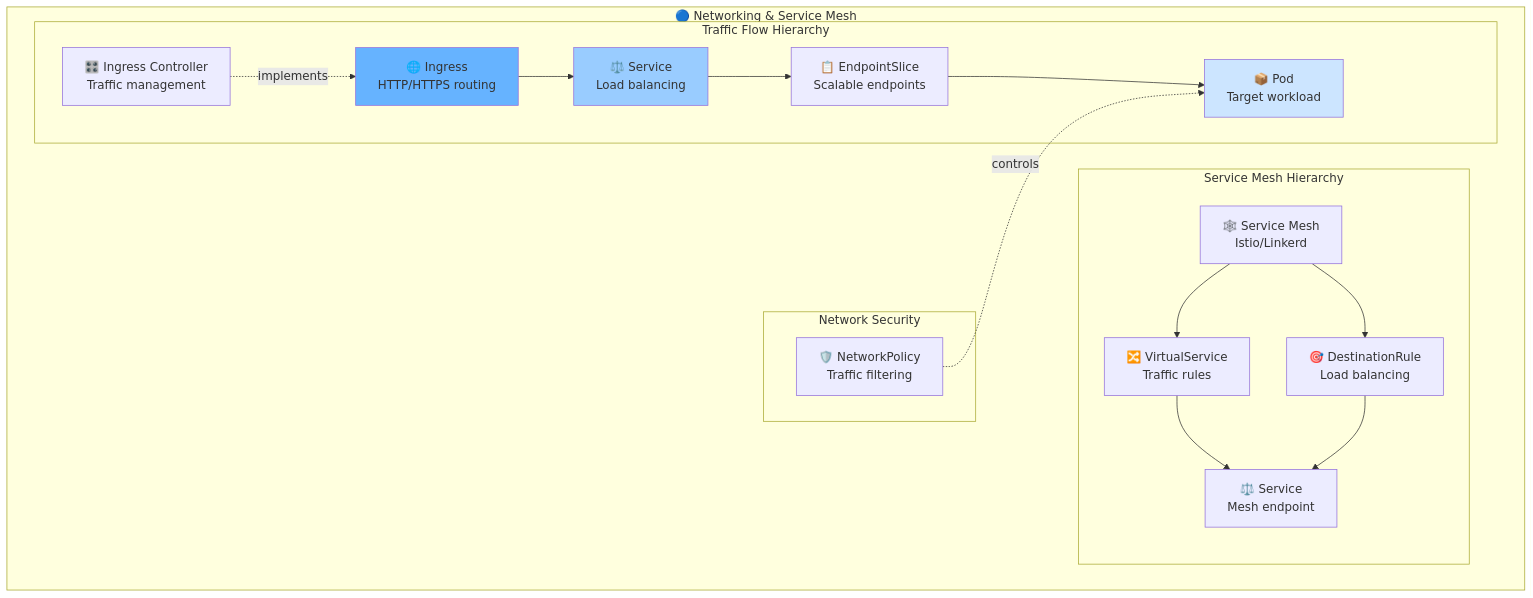
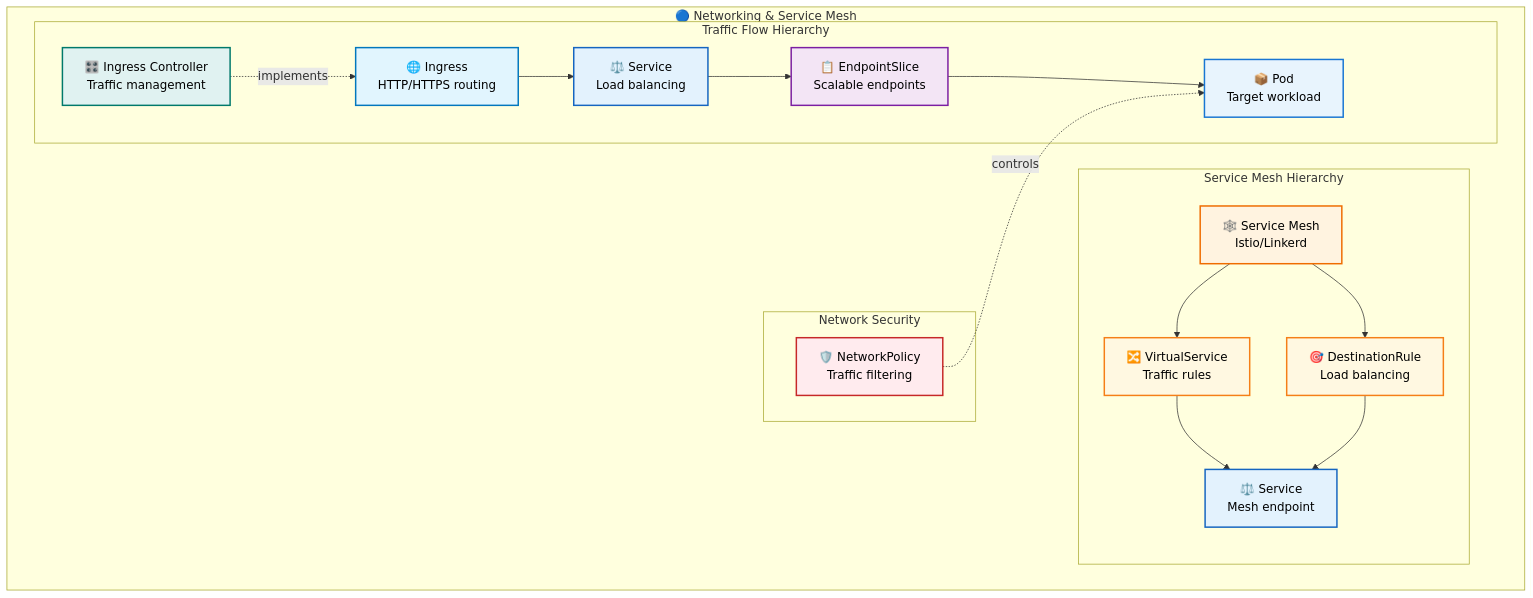
Before and after one commit to razkevich/system_design_course: the third of 8 diagrams in 1.4_distributed_systems/kubernetes_developer_guide.md, drawn with Mermaid. The commit also changed other lines of this file, not shown here.

````diff
--- a/1.4_distributed_systems/kubernetes_developer_guide.md
+++ b/1.4_distributed_systems/kubernetes_developer_guide.md
@@ -57,39 +84,46 @@
 ```mermaid
 flowchart TD
     subgraph "🔵 Networking & Service Mesh"
         
         subgraph "Traffic Flow Hierarchy"
             Ingress["🌐 Ingress<br/>HTTP/HTTPS routing"]
             IngressController["🎛️ Ingress Controller<br/>Traffic management"]
             Service["⚖️ Service<br/>Load balancing"]
             EndpointSlice["📋 EndpointSlice<br/>Scalable endpoints"]
             NetworkPod["📦 Pod<br/>Target workload"]
             
             IngressController -.->|"implements"| Ingress
             Ingress --> Service
             Service --> EndpointSlice
             EndpointSlice --> NetworkPod
         end
         
         subgraph "Service Mesh Hierarchy"
             ServiceMesh["🕸️ Service Mesh<br/>Istio/Linkerd"]
             VirtualService["🔀 VirtualService<br/>Traffic rules"]
             DestinationRule["🎯 DestinationRule<br/>Load balancing"]
             MeshService["⚖️ Service<br/>Mesh endpoint"]
             
             ServiceMesh --> VirtualService
             ServiceMesh --> DestinationRule
             VirtualService --> MeshService
             DestinationRule --> MeshService
         end
         
         subgraph "Network Security"
             NetworkPolicy["🛡️ NetworkPolicy<br/>Traffic filtering"]
             NetworkPolicy -.->|"controls"| NetworkPod
         end
     end
     
-    style NetworkPod fill:#cce5ff
-    style Service fill:#99ccff
-    style Ingress fill:#66b3ff
+    style NetworkPod fill:#e8f4fd,stroke:#1976d2,stroke-width:2px,color:#000
+    style Service fill:#e3f2fd,stroke:#1565c0,stroke-width:2px,color:#000
+    style Ingress fill:#e1f5fe,stroke:#0277bd,stroke-width:2px,color:#000
+    style IngressController fill:#e0f2f1,stroke:#00796b,stroke-width:2px,color:#000
+    style EndpointSlice fill:#f3e5f5,stroke:#7b1fa2,stroke-width:2px,color:#000
+    style ServiceMesh fill:#fff3e0,stroke:#ef6c00,stroke-width:2px,color:#000
+    style VirtualService fill:#fff8e1,stroke:#f57f17,stroke-width:2px,color:#000
+    style DestinationRule fill:#fff8e1,stroke:#f57f17,stroke-width:2px,color:#000
+    style MeshService fill:#e3f2fd,stroke:#1565c0,stroke-width:2px,color:#000
+    style NetworkPolicy fill:#ffebee,stroke:#c62828,stroke-width:2px,color:#000
 ```
````
